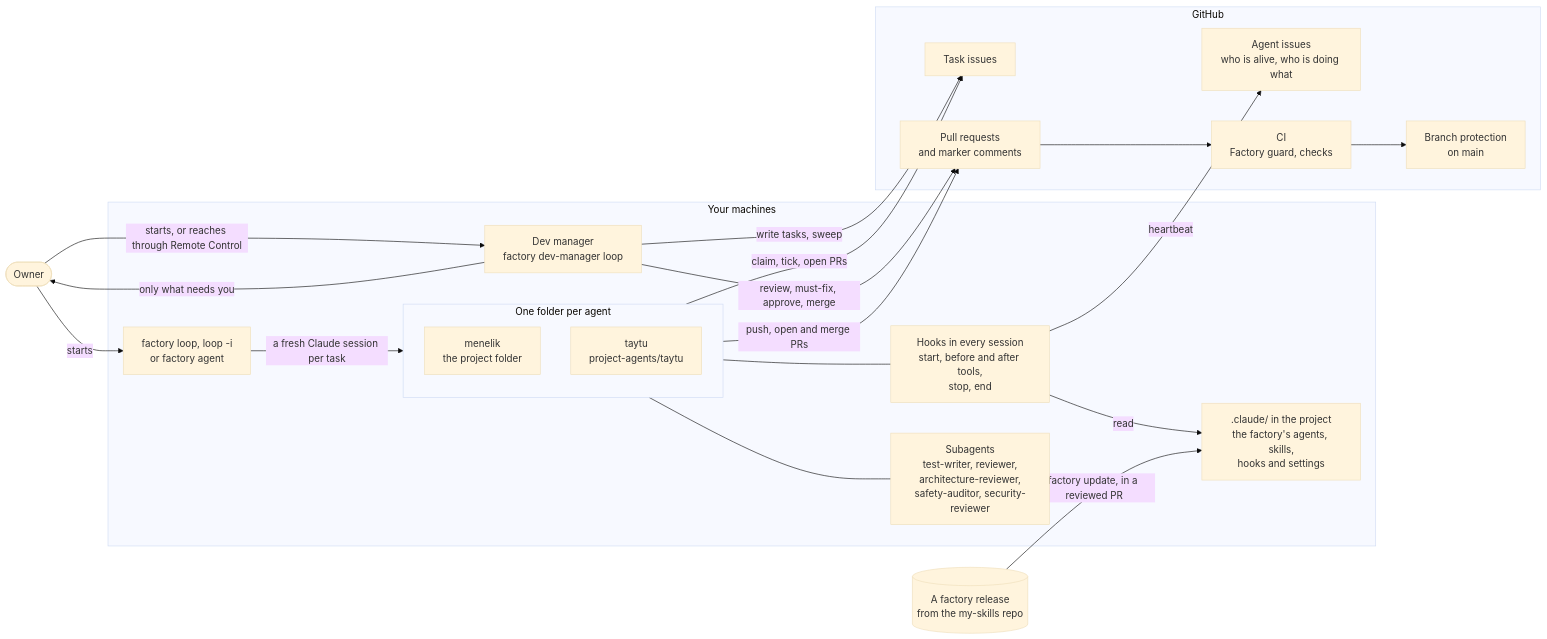
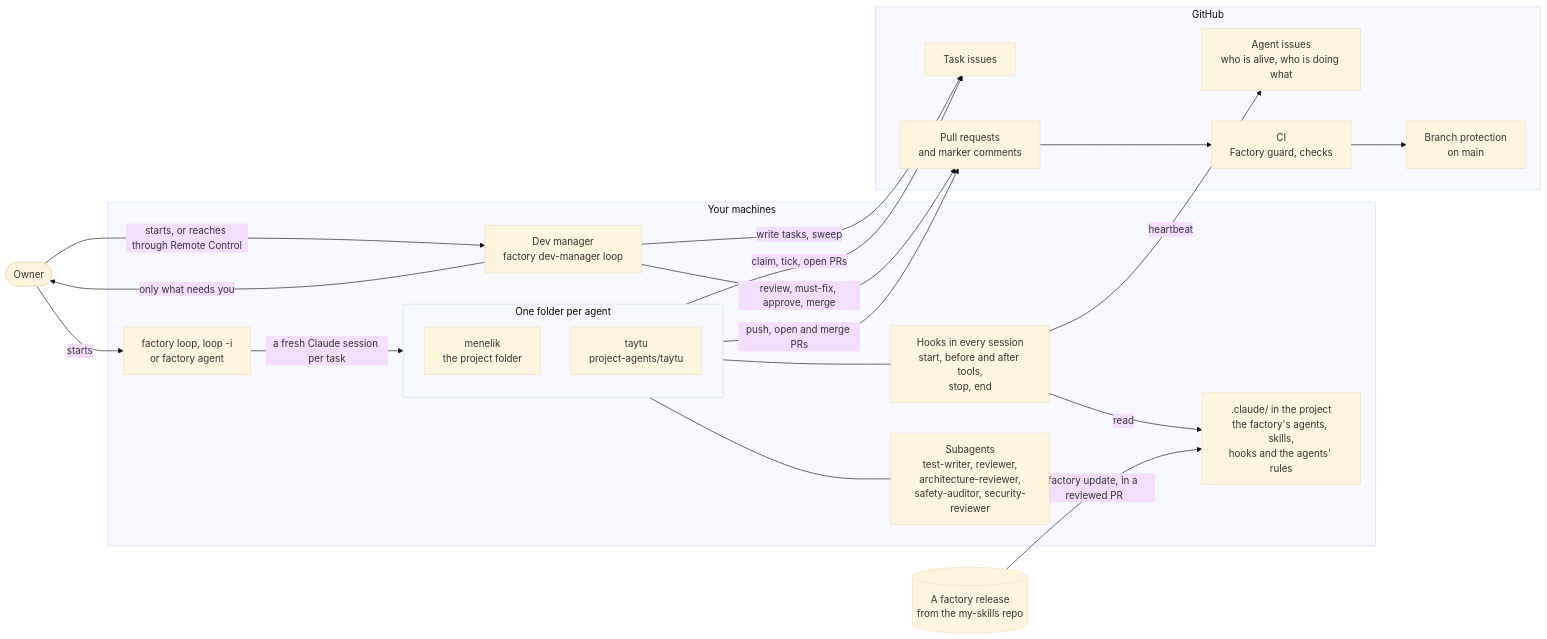
One commit to deresegetachew/my-skills changed the sixth of 7 diagrams in software-factory/README.md. Above: the diagram before and after it, drawn with Mermaid (base theme). The commit also changed other lines of this file and 4 other files, not shown here.

````diff
--- a/software-factory/README.md
+++ b/software-factory/README.md
@@ -156,42 +159,42 @@
 ```mermaid
 flowchart LR
     owner(["Owner"])
 
     subgraph machine["Your machines"]
         dm["Dev manager<br/>factory dev-manager loop"]
         loop["factory loop, loop -i<br/>or factory agent"]
         subgraph folders["One folder per agent"]
             a1["menelik<br/>the project folder"]
             a2["taytu<br/>project-agents/taytu"]
         end
         hooks["Hooks in every session<br/>start, before and after tools,<br/>stop, end"]
         subs["Subagents<br/>test-writer, reviewer,<br/>architecture-reviewer,<br/>safety-auditor, security-reviewer"]
-        files[".claude/ in the project<br/>the factory's agents, skills,<br/>hooks and settings"]
+        files[".claude/ in the project<br/>the factory's agents, skills,<br/>hooks and the agents' rules"]
     end
 
     subgraph github["GitHub"]
         issues["Task issues"]
         agentissues["Agent issues<br/>who is alive, who is doing what"]
         prs["Pull requests<br/>and marker comments"]
         ci["CI<br/>Factory guard, checks"]
         bp["Branch protection<br/>on main"]
     end
 
     release[("A factory release<br/>from the my-skills repo")]
 
     owner -->|"starts"| loop
     owner -->|"starts, or reaches through Remote Control"| dm
     loop -->|"a fresh Claude session per task"| folders
     folders --- hooks
     folders --- subs
     hooks -->|"read"| files
     release -->|"factory update, in a reviewed PR"| files
     folders -->|"claim, tick, open PRs"| issues
     hooks -->|"heartbeat"| agentissues
     folders -->|"push, open and merge PRs"| prs
     prs --> ci
     ci --> bp
     dm -->|"review, must-fix, approve, merge"| prs
     dm -->|"write tasks, sweep"| issues
     dm -->|"only what needs you"| owner
 ```
````
